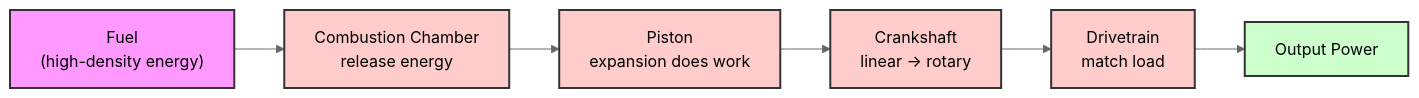
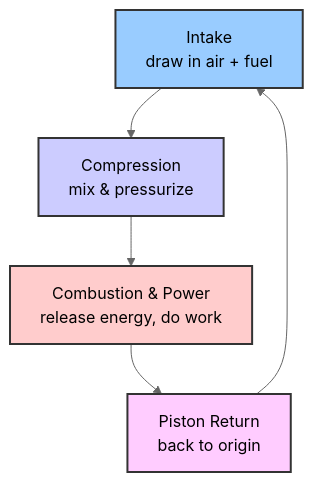
The first of 2 diagrams in README.md (pinpawo/pinpawo-agent), drawn with Mermaid (neutral theme) before and after one commit. The commit also changed other lines of this file, not shown here.

First line of the commit message:
docs: make Vision cycle diagrams true loops with 4-node ring structure

````diff
--- a/README.md
+++ b/README.md
@@ -23,14 +23,11 @@
 ```mermaid
-flowchart LR
-    F["Fuel<br/>(high-density energy)"] --> CC["Combustion Chamber<br/>release energy"]
-    CC --> P["Piston<br/>expansion does work"]
-    P --> C["Crankshaft<br/>linear → rotary"]
-    C --> D["Drivetrain<br/>match load"]
-    D --> O["Output Power"]
-    style F fill:#f9f,stroke:#333,stroke-width:2px
-    style CC fill:#fcc,stroke:#333,stroke-width:2px
-    style P fill:#fcc,stroke:#333,stroke-width:2px
-    style C fill:#fcc,stroke:#333,stroke-width:2px
-    style D fill:#fcc,stroke:#333,stroke-width:2px
-    style O fill:#cfc,stroke:#333,stroke-width:2px
+flowchart TD
+    I["Intake<br/>draw in air + fuel"] --> CP["Compression<br/>mix & pressurize"]
+    CP --> CB["Combustion & Power<br/>release energy, do work"]
+    CB --> PR["Piston Return<br/>back to origin"]
+    PR --> I
+    style I fill:#9cf,stroke:#333,stroke-width:2px
+    style CP fill:#ccf,stroke:#333,stroke-width:2px
+    style CB fill:#fcc,stroke:#333,stroke-width:2px
+    style PR fill:#fcf,stroke:#333,stroke-width:2px
 ```
````
